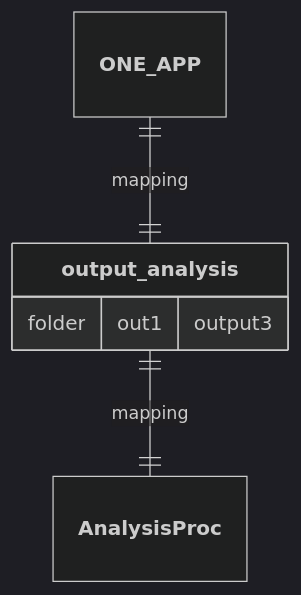
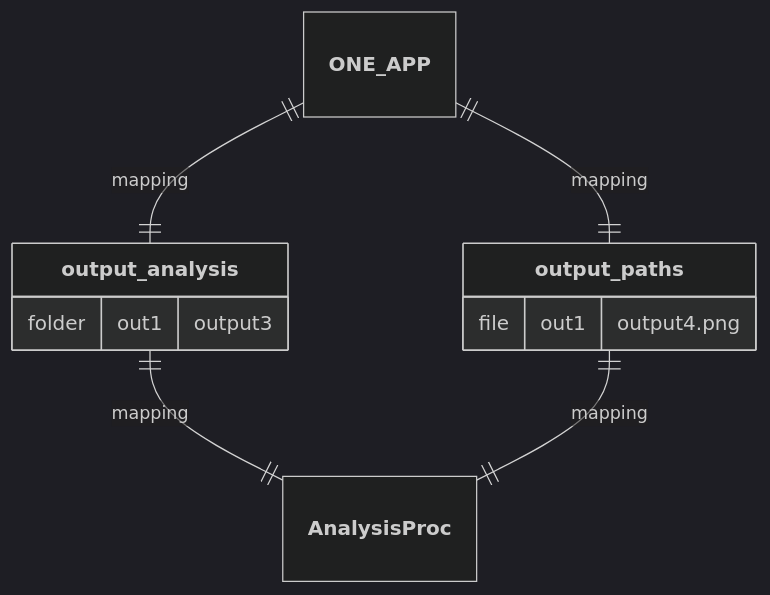
The fourth of 5 diagrams in src/apps/ONE_APP/README.md (nuremics/nuremics-labs), drawn with Mermaid (dark theme) before and after one commit. The commit also changed other lines of this file, not shown here.

Commit message:
update ONE_APP README

````diff
--- a/src/apps/ONE_APP/README.md
+++ b/src/apps/ONE_APP/README.md
@@ -78,9 +78,14 @@
 ```mermaid
 erDiagram
+  **ONE_APP** ||--|| **output_paths** : mapping
   **ONE_APP** ||--|| **output_analysis** : mapping
   **output_analysis** ||--|| **AnalysisProc** : mapping
+  **output_paths** ||--|| **AnalysisProc** : mapping
 
   **output_analysis** {
     folder out1 "output3"
   }
+  **output_paths** {
+    file out1 "output4.png"
+  }
 ```
````
